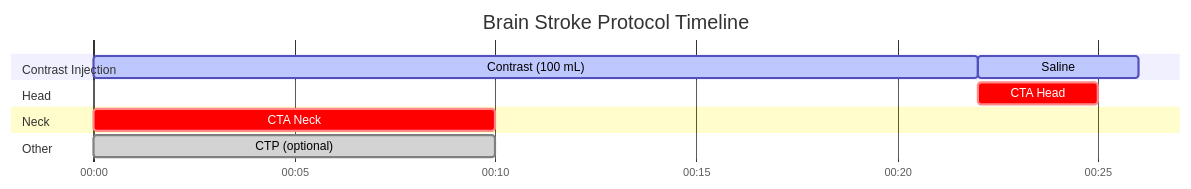
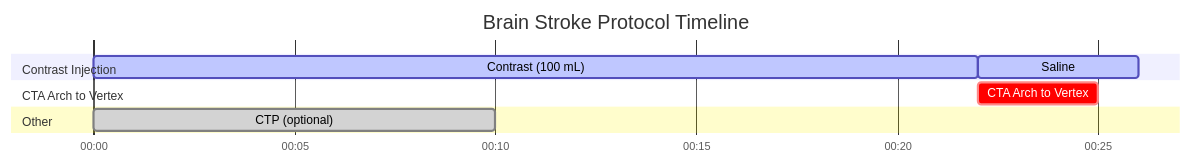
Before and after one commit to dfergs93/radiology-protocols: the diagram in docs/ct/neuro/brain-stroke-protocol.md, drawn with Mermaid. The commit also changed other lines of this file and 25 other files, not shown here.

````diff
--- a/docs/ct/neuro/brain-stroke-protocol.md
+++ b/docs/ct/neuro/brain-stroke-protocol.md
@@ -88,22 +87,20 @@
   ```mermaid
   ---
   displayMode: compact
   config:
     theme: default
     themeCSS: " #Saline{ fill: #4ed5ff; stroke: #2094f3; } "
   ---
     gantt
       title Brain Stroke Protocol Timeline
       dateFormat mm:ss
       axisFormat %M:%S 
       
       section Contrast Injection
       Contrast (100 mL)    :active, contrast, 00:00, 22s
       Saline          :active, saline, after contrast, 4s
-      section Head
-      CTA Head    :crit, scan1, after contrast, 3s
-      section Neck
-      CTA Neck    :crit, scan2, 00:00, 10s
+      section CTA Arch to Vertex
+      CTA Arch to Vertex    :crit, scan1, after contrast, 3s
       section Other
       CTP (optional)    :done, scan3, 00:00, 10s
   ```
````
